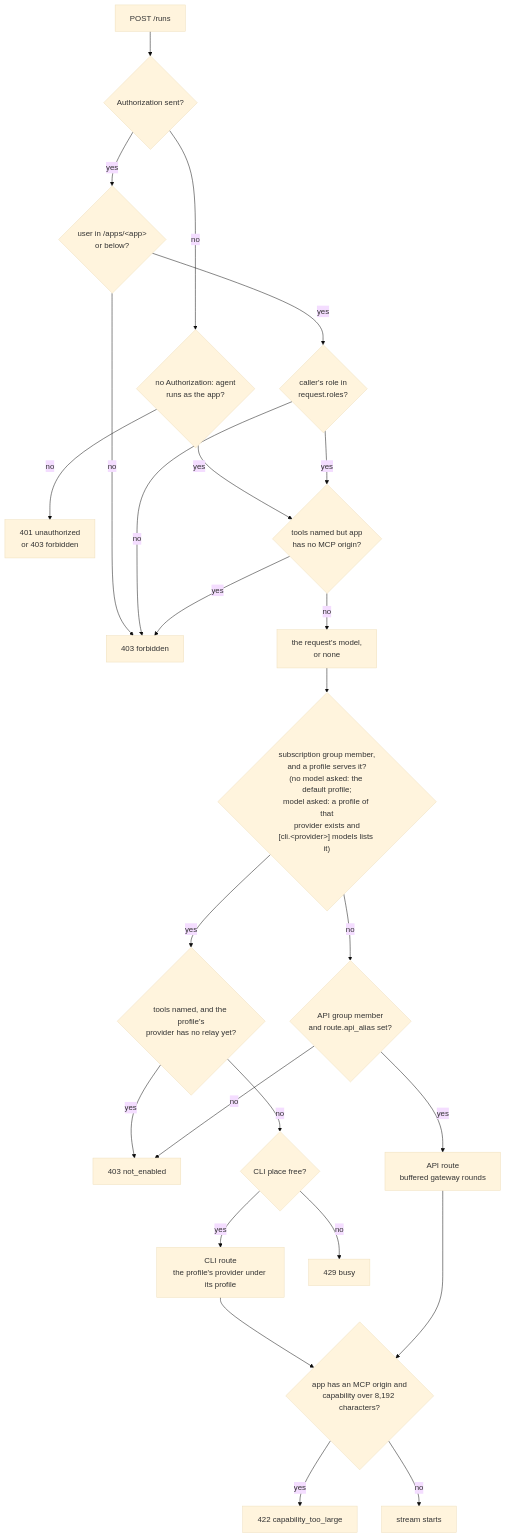
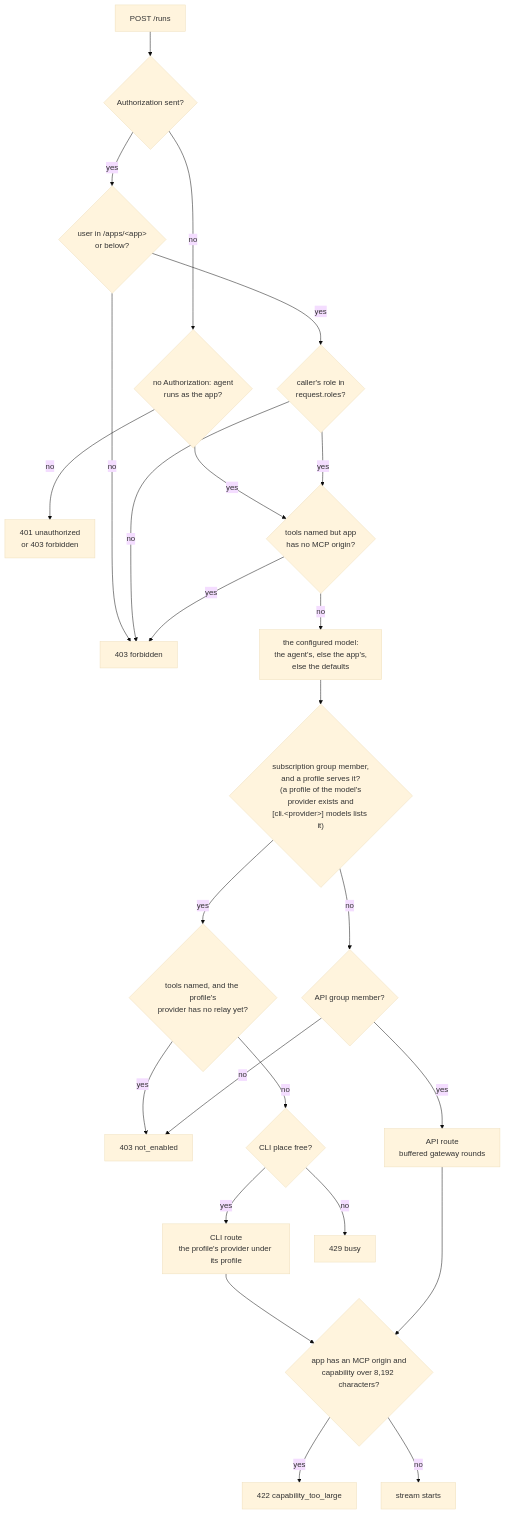
Before and after one commit to overnightworks/agent-runtime: the second of 2 diagrams in docs/ARCHITECTURE.md, drawn with Mermaid (base theme). The commit also changed other lines of this file and 24 other files, not shown here.

````diff
--- a/docs/ARCHITECTURE.md
+++ b/docs/ARCHITECTURE.md
@@ -63,27 +64,27 @@
 ```mermaid
 flowchart TB
     request["POST /runs"] --> credential{"Authorization sent?"}
     credential -->|no| own{"no Authorization: agent<br/>runs as the app?"}
     own -->|no| refused["401 unauthorized<br/>or 403 forbidden"]
     own -->|yes| tools
     credential -->|yes| gate{"user in /apps/&lt;app&gt;<br/>or below?"}
     gate -->|no| forbidden["403 forbidden"]
     gate -->|yes| role{"caller's role in<br/>request.roles?"}
     role -->|no| forbidden
     role -->|yes| tools{"tools named but app<br/>has no MCP origin?"}
     tools -->|yes| forbidden
-    tools -->|no| model["the request's model,<br/>or none"]
-    model --> subscription{"subscription group member,<br/>and a profile serves it?<br/>(no model asked: the default profile;<br/>model asked: a profile of that<br/>provider exists and<br/>[cli.&lt;provider&gt;] models lists it)"}
+    tools -->|no| model["the configured model:<br/>the agent's, else the app's,<br/>else the defaults"]
+    model --> subscription{"subscription group member,<br/>and a profile serves it?<br/>(a profile of the model's<br/>provider exists and<br/>[cli.&lt;provider&gt;] models lists it)"}
     subscription -->|yes| relay{"tools named, and the profile's<br/>provider has no relay yet?"}
     relay -->|yes| notenabled
     relay -->|no| slot{"CLI place free?"}
     slot -->|yes| cli["CLI route<br/>the profile's provider under its profile"]
     slot -->|no| busy["429 busy"]
-    subscription -->|no| api{"API group member<br/>and route.api_alias set?"}
+    subscription -->|no| api{"API group member?"}
     api -->|yes| paid["API route<br/>buffered gateway rounds"]
     api -->|no| notenabled["403 not_enabled"]
     cli --> size{"app has an MCP origin and<br/>capability over 8,192 characters?"}
     paid --> size
     size -->|yes| toolarge["422 capability_too_large"]
     size -->|no| run["stream starts"]
 ```
````
